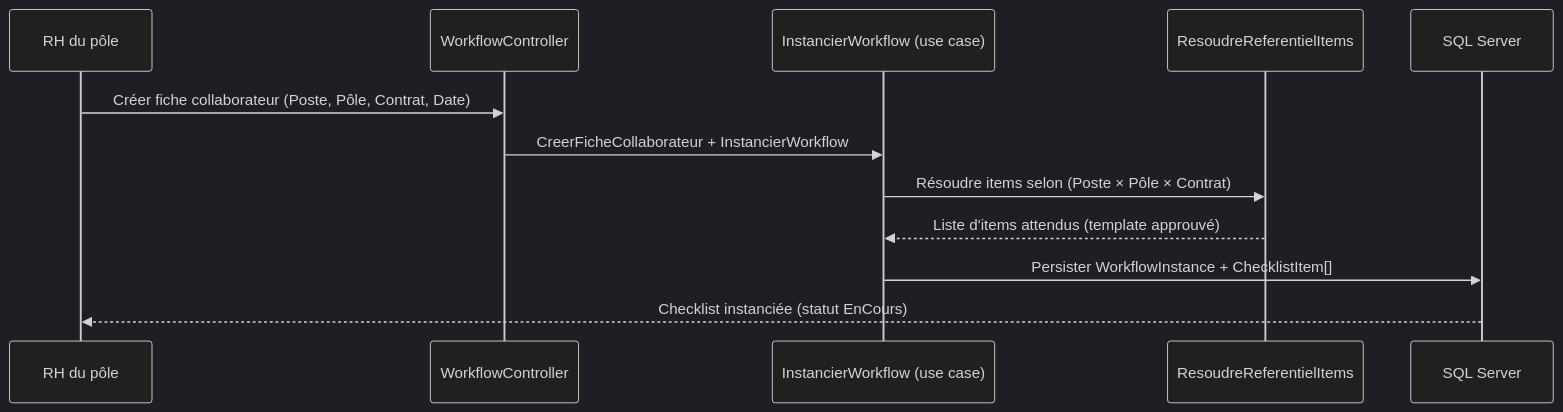
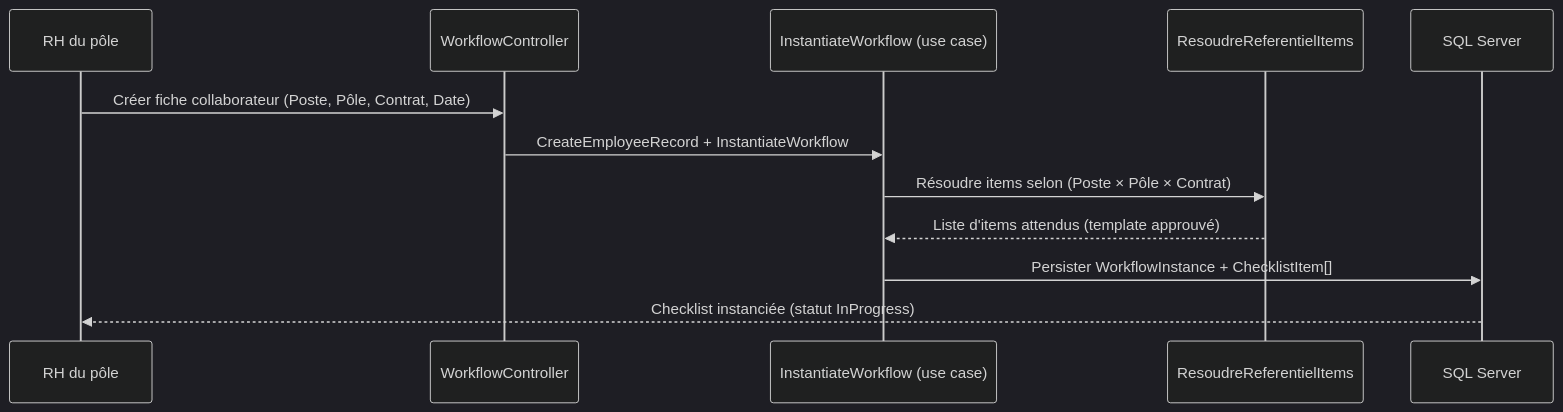
Before and after one commit to wekt2k04/arhia: the second of 5 diagrams in docs/ARCHITECTURE.md, drawn with Mermaid (dark theme). The commit also changed other lines of this file and 21 other files, not shown here.

````diff
--- a/docs/ARCHITECTURE.md
+++ b/docs/ARCHITECTURE.md
@@ -85,15 +85,15 @@
 ```mermaid
 sequenceDiagram
     participant RH as RH du pôle
     participant Api as WorkflowController
-    participant UC as InstancierWorkflow (use case)
+    participant UC as InstantiateWorkflow (use case)
     participant Ref as ResoudreReferentielItems
     participant DB as SQL Server
 
     RH->>Api: Créer fiche collaborateur (Poste, Pôle, Contrat, Date)
-    Api->>UC: CreerFicheCollaborateur + InstancierWorkflow
+    Api->>UC: CreateEmployeeRecord + InstantiateWorkflow
     UC->>Ref: Résoudre items selon (Poste × Pôle × Contrat)
     Ref-->>UC: Liste d'items attendus (template approuvé)
     UC->>DB: Persister WorkflowInstance + ChecklistItem[]
-    DB-->>RH: Checklist instanciée (statut EnCours)
+    DB-->>RH: Checklist instanciée (statut InProgress)
 ```
````
